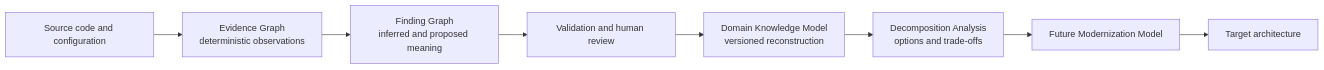
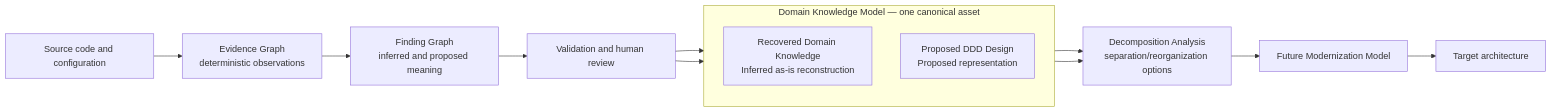
One commit to ksharik/domainLens changed the first of 3 diagrams in docs/architecture/06-domain-knowledge-architecture.md. Above: the diagram before and after it, drawn with Mermaid. The commit also changed other lines of this file and 17 other files, not shown here.

````diff
--- a/docs/architecture/06-domain-knowledge-architecture.md
+++ b/docs/architecture/06-domain-knowledge-architecture.md
@@ -11,10 +23,17 @@
 ```mermaid
 flowchart LR
     Source["Source code and configuration"] --> Evidence["Evidence Graph<br/>deterministic observations"]
     Evidence --> Findings["Finding Graph<br/>inferred and proposed meaning"]
     Findings --> Gate["Validation and human review"]
-    Gate --> DKM["Domain Knowledge Model<br/>versioned reconstruction"]
-    DKM --> Decomp["Decomposition Analysis<br/>options and trade-offs"]
+    subgraph DKM["Domain Knowledge Model — one canonical asset"]
+        direction TB
+        Recovered["Recovered Domain Knowledge<br/>Inferred as-is reconstruction"]
+        Proposed["Proposed DDD Design<br/>Proposed representation"]
+    end
+    Gate --> Recovered
+    Gate --> Proposed
+    Recovered --> Decomp["Decomposition Analysis<br/>separation/reorganization options"]
+    Proposed --> Decomp
     Decomp --> Modern["Future Modernization Model"]
     Modern --> Target["Target architecture"]
 ```
````
